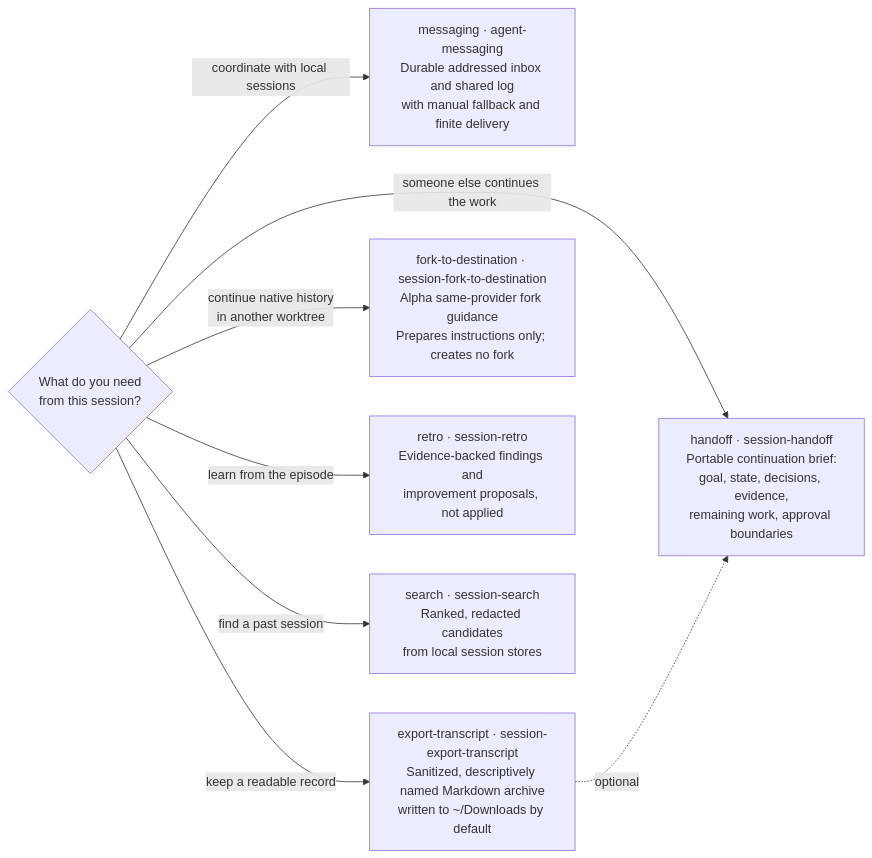
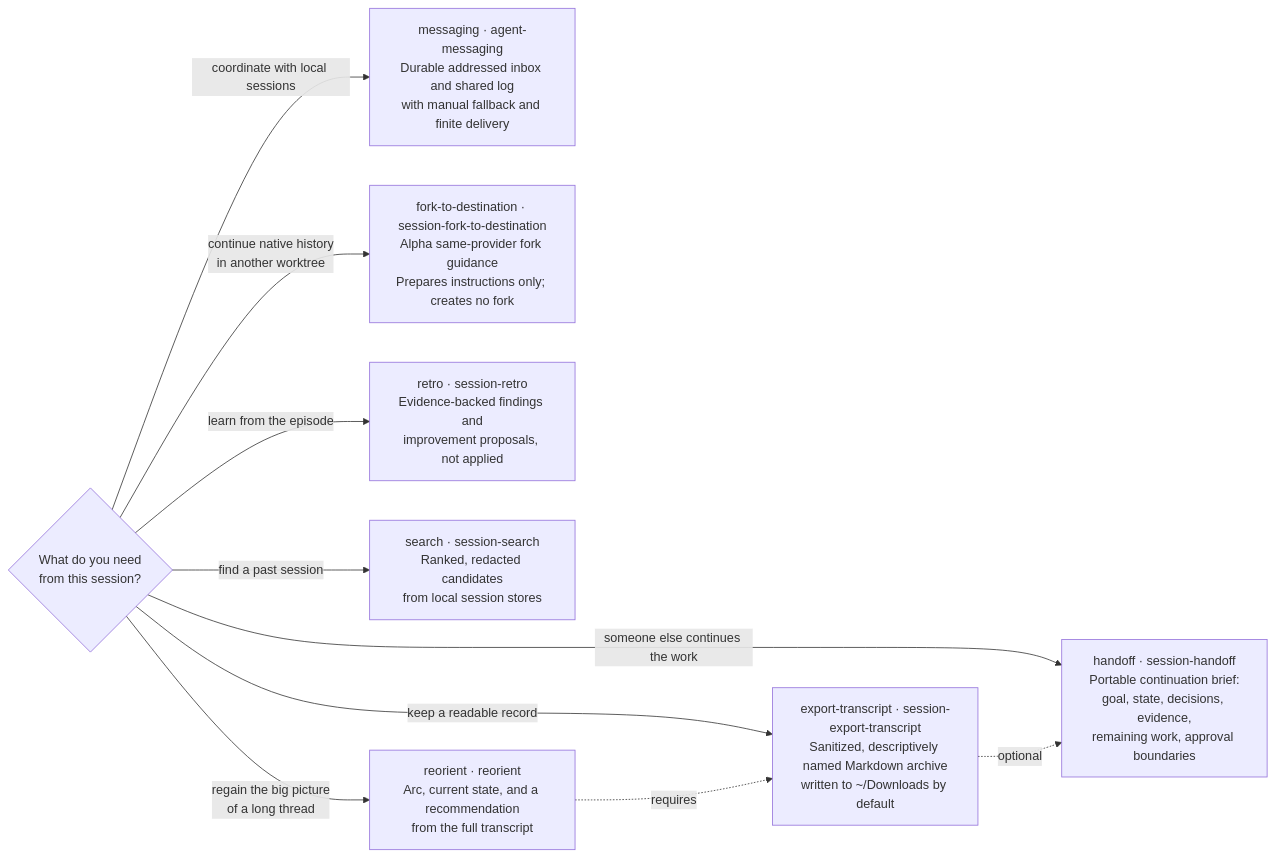
The diagram in documentation/docs/user-guide/plugins/session/index.md (tkstang/skills), drawn with Mermaid before and after one commit. The commit also changed other lines of this file and 34 other files, not shown here.

First line of the commit message:
feat(reorient): add reorient skill for regaining a long thread (#147)

````diff
--- a/documentation/docs/user-guide/plugins/session/index.md
+++ b/documentation/docs/user-guide/plugins/session/index.md
@@ -12,20 +13,23 @@
 ```mermaid
 flowchart LR
   accTitle: Choosing a Session capability
-  accDescr: Pick by need. Handoff lets someone else continue, messaging coordinates local sessions, export-transcript keeps a readable record, fork-to-destination continues native history elsewhere, retro learns from the episode, and search finds a past session.
+  accDescr: Pick by need. Handoff lets someone else continue, messaging coordinates local sessions, export-transcript keeps a readable record, fork-to-destination continues native history elsewhere, retro learns from the episode, search finds a past session, and reorient rebuilds the big picture of a long thread.
   Q{"What do you need<br/>from this session?"}
   M["messaging · agent-messaging<br/>Durable addressed inbox and shared log<br/>with manual fallback and finite delivery"]
   H["handoff · session-handoff<br/>Portable continuation brief:<br/>goal, state, decisions, evidence,<br/>remaining work, approval boundaries"]
   E["export-transcript · session-export-transcript<br/>Sanitized, descriptively named Markdown archive<br/>written to ~/Downloads by default"]
   F["fork-to-destination · session-fork-to-destination<br/>Alpha same-provider fork guidance<br/>Prepares instructions only; creates no fork"]
   R["retro · session-retro<br/>Evidence-backed findings and<br/>improvement proposals, not applied"]
   S["search · session-search<br/>Ranked, redacted candidates<br/>from local session stores"]
+  O["reorient · reorient<br/>Arc, current state, and a recommendation<br/>from the full transcript"]
 
   Q -->|"someone else continues the work"| H
   Q -->|"coordinate with local sessions"| M
   Q -->|"keep a readable record"| E
   Q -->|"continue native history<br/>in another worktree"| F
   Q -->|"learn from the episode"| R
   Q -->|"find a past session"| S
+  Q -->|"regain the big picture<br/>of a long thread"| O
+  O -.->|requires| E
   E -.->|optional| H
 ```
````
